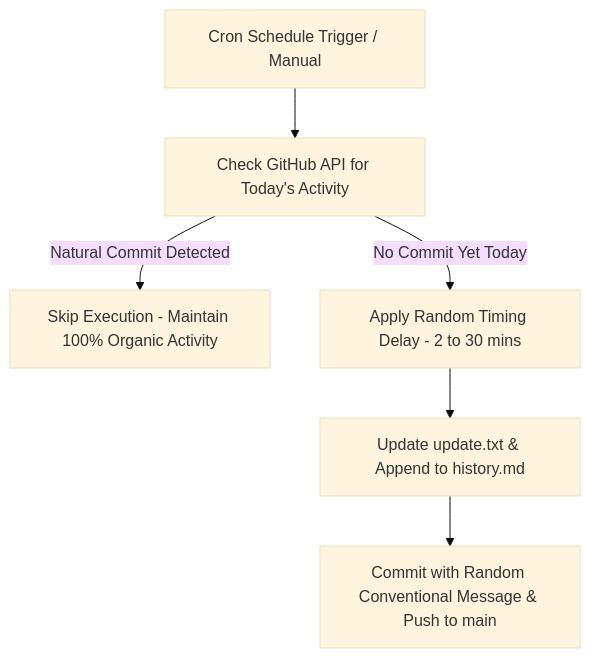
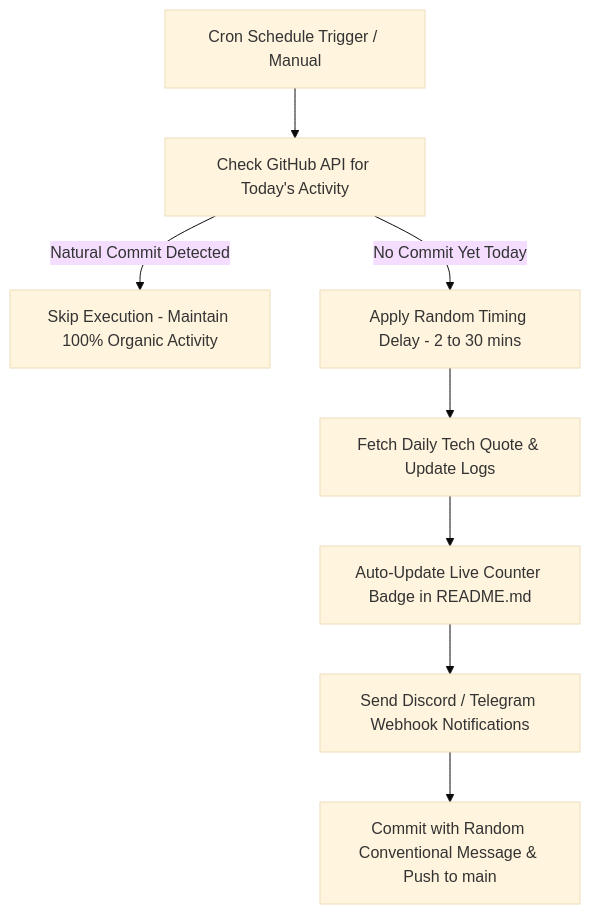
Before and after one commit to Karnvendrasingh/evergreen-streak: the diagram in README.md, drawn with Mermaid (base theme). The commit also changed other lines of this file and 2 other files, not shown here.

Commit message:
feat: complete full feature suite with tech quotes, live README stats counter, and Discord/Telegram notifications

````diff
--- a/README.md
+++ b/README.md
@@ -35,8 +41,10 @@
 ```mermaid
 flowchart TD
     A[Cron Schedule Trigger / Manual] --> B[Check GitHub API for Today's Activity]
     B -->|Natural Commit Detected| C[Skip Execution - Maintain 100% Organic Activity]
     B -->|No Commit Yet Today| D[Apply Random Timing Delay - 2 to 30 mins]
-    D --> E[Update update.txt & Append to history.md]
-    E --> F[Commit with Random Conventional Message & Push to main]
+    D --> E[Fetch Daily Tech Quote & Update Logs]
+    E --> F[Auto-Update Live Counter Badge in README.md]
+    F --> G[Send Discord / Telegram Webhook Notifications]
+    G --> H[Commit with Random Conventional Message & Push to main]
 ```
````
